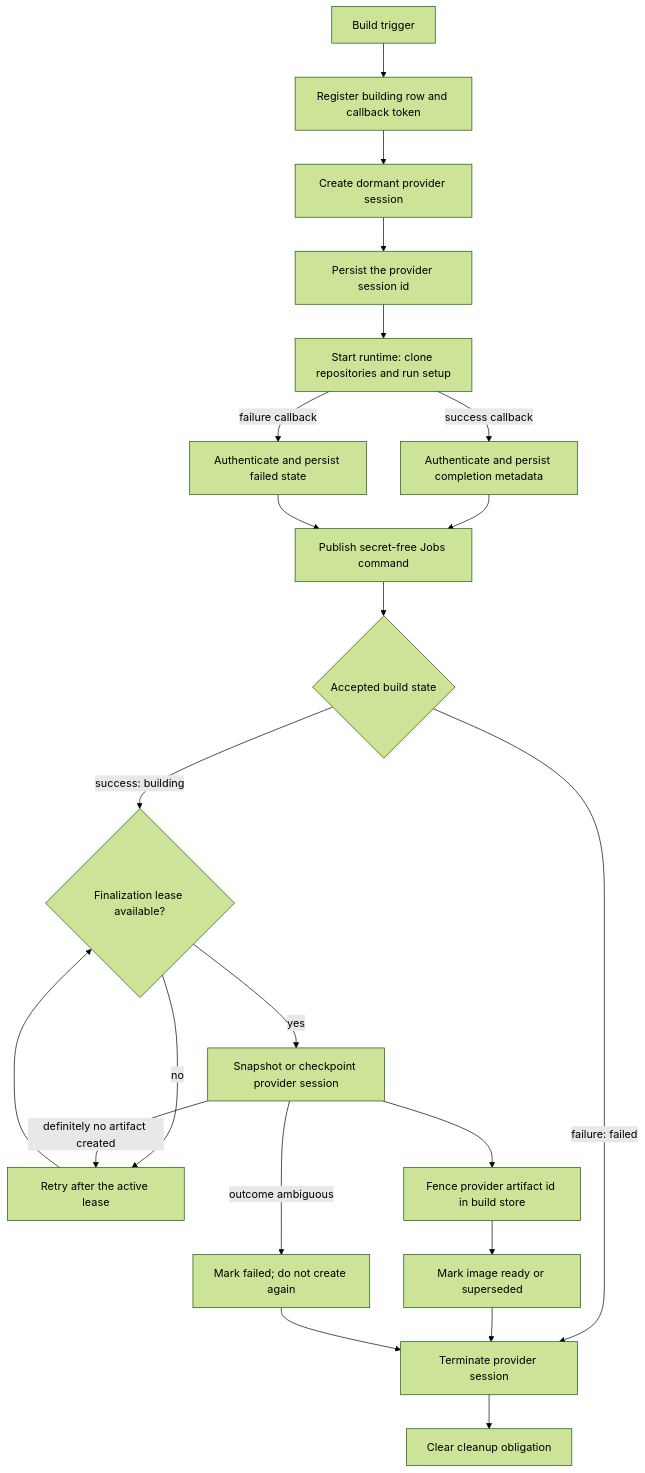
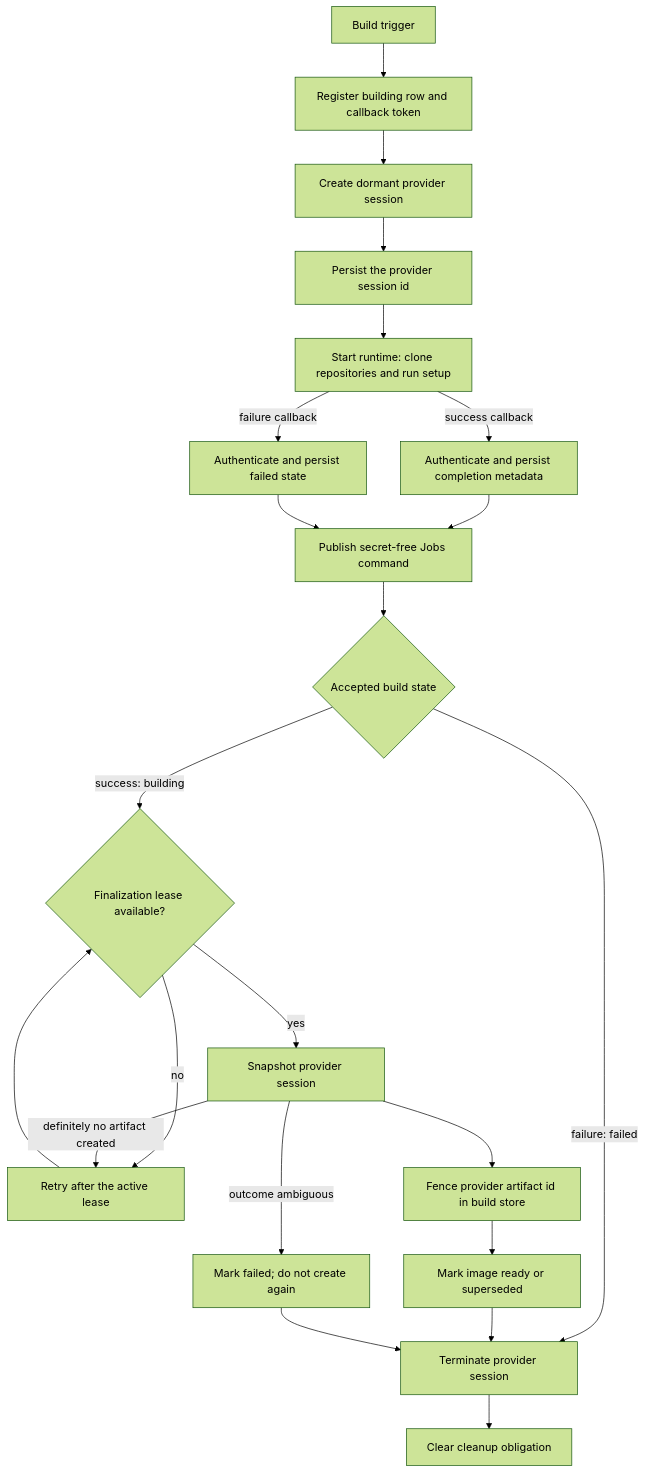
Before and after one commit to ColeMurray/background-agents: the diagram in docs/IMAGE_PREBUILD.md, drawn with Mermaid (forest theme). The commit also changed other lines of this file and 77 other files, not shown here.

````diff
--- a/docs/IMAGE_PREBUILD.md
+++ b/docs/IMAGE_PREBUILD.md
@@ -158,28 +157,28 @@
 ```mermaid
 flowchart TD
     trigger[Build trigger] --> register[Register building row and callback token]
     register --> create[Create dormant provider session]
     create --> bind[Persist the provider session id]
     bind --> run[Start runtime: clone repositories and run setup]
 
     run -->|success callback| accept[Authenticate and persist completion metadata]
     run -->|failure callback| fail[Authenticate and persist failed state]
     accept --> publish[Publish secret-free Jobs command]
     fail --> publish
 
     publish --> state{Accepted build state}
     state -->|success: building| lease{Finalization lease available?}
     state -->|failure: failed| cleanup[Terminate provider session]
     lease -->|no| retry[Retry after the active lease]
     retry --> lease
-    lease -->|yes| artifact[Snapshot or checkpoint provider session]
+    lease -->|yes| artifact[Snapshot provider session]
 
     artifact --> fence[Fence provider artifact id in build store]
     fence --> ready[Mark image ready or superseded]
     ready --> cleanup
     cleanup --> done[Clear cleanup obligation]
 
     artifact -->|definitely no artifact created| retry
     artifact -->|outcome ambiguous| terminal[Mark failed; do not create again]
     terminal --> cleanup
 ```
````
